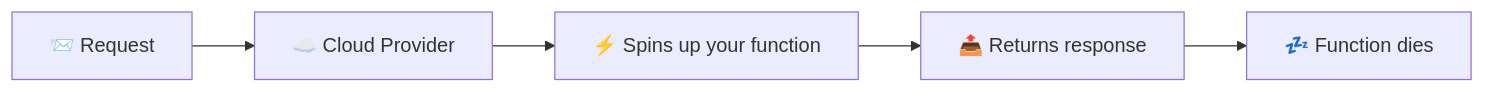
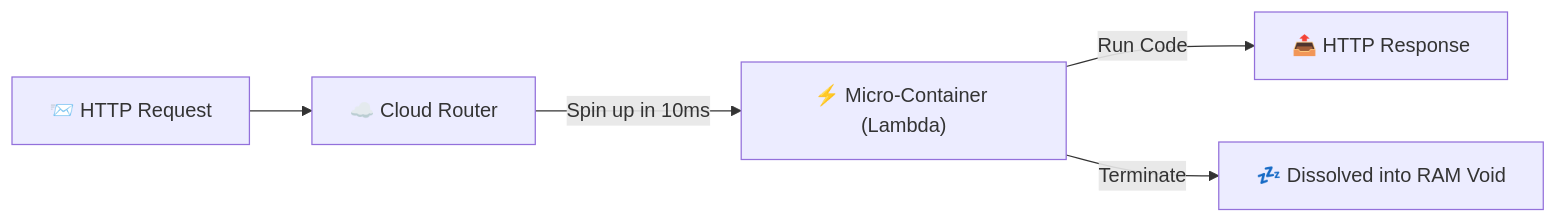
Before and after one commit to HarshitN87/Sriniously_backend_notes: the fifth of 5 diagrams in 03_HTTP_Deep_Dive.md, drawn with Mermaid. The commit also changed other lines of this file and 26 other files, not shown here.

````diff
--- a/03_HTTP_Deep_Dive.md
+++ b/03_HTTP_Deep_Dive.md
@@ -68,7 +273,7 @@
 ```mermaid
 flowchart LR
-    A["📨 Request"] --> B["☁️ Cloud Provider"]
-    B --> C["⚡ Spins up your function"]
-    C --> D["📤 Returns response"]
-    D --> E["💤 Function dies"]
+    Req["📨 HTTP Request"] --> Router["☁️ Cloud Router"]
+    Router -->|"Spin up in 10ms"| Container["⚡ Micro-Container (Lambda)"]
+    Container -->|"Run Code"| Resp["📤 HTTP Response"]
+    Container -->|"Terminate"| Void["💤 Dissolved into RAM Void"]
 ```
````
